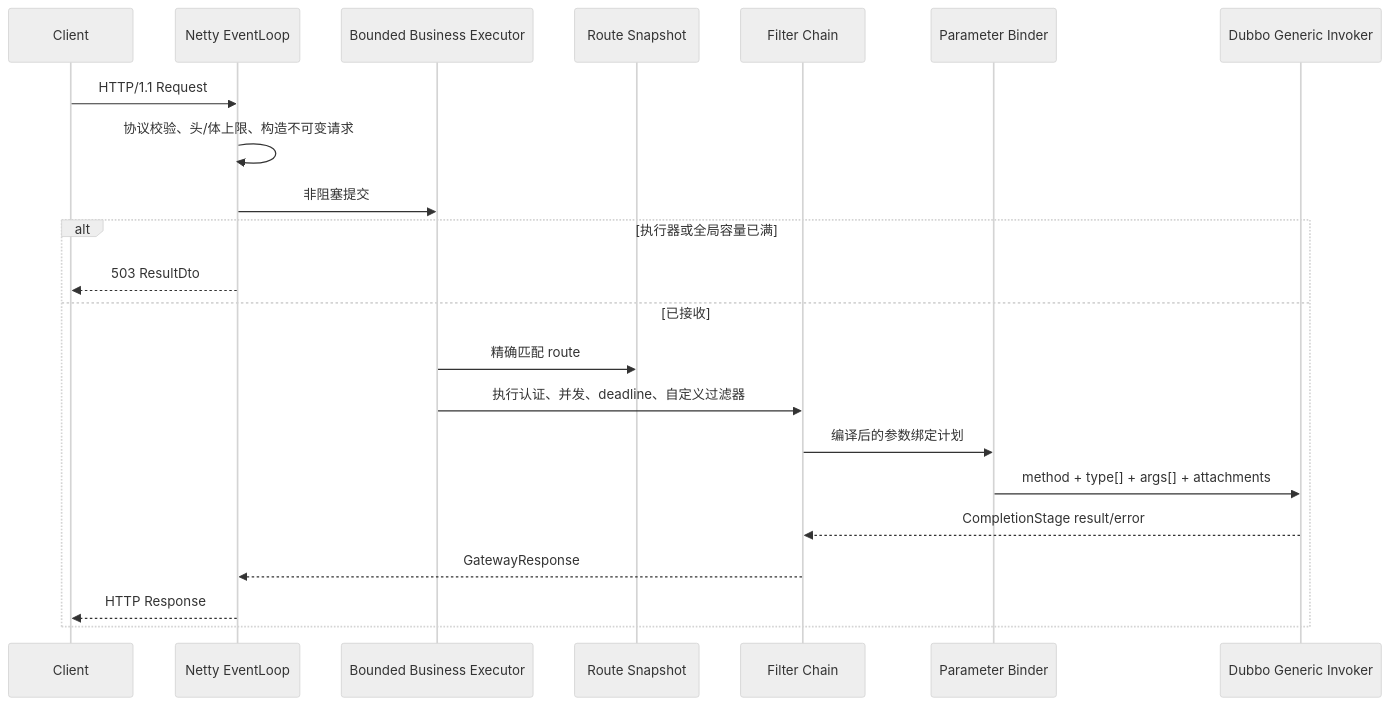
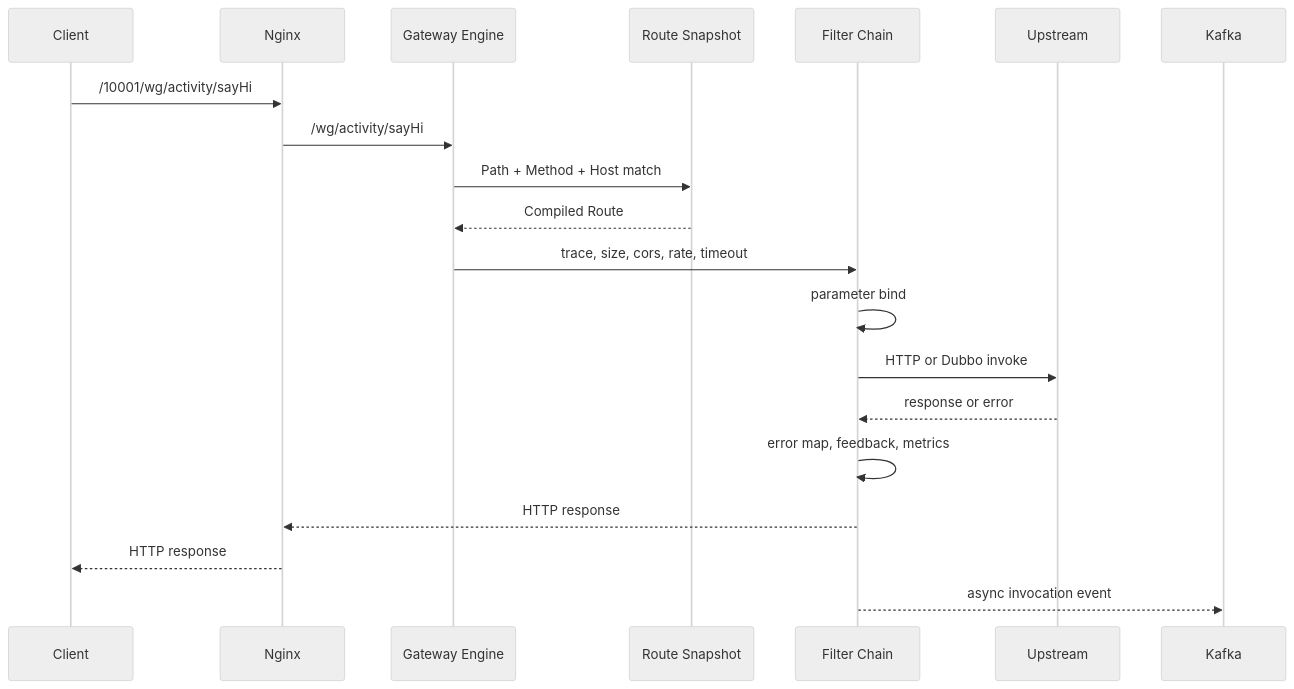
One commit to AllenDEricDAlexander/Egon-COLA changed the fourth of 5 diagrams in docs/superpowers/specs/2026-07-24-gateway-component-design.md. Above: the diagram before and after it, drawn with Mermaid (neutral theme). The commit also changed other lines of this file, not shown here.

Commit message:
docs: expand gateway platform design spec

````diff
--- a/docs/superpowers/specs/2026-07-24-gateway-component-design.md
+++ b/docs/superpowers/specs/2026-07-24-gateway-component-design.md
@@ -396,25 +1715,23 @@
 ```mermaid
 sequenceDiagram
     participant C as Client
-    participant N as Netty EventLoop
-    participant E as Bounded Business Executor
+    participant N as Nginx
+    participant G as Gateway Engine
     participant R as Route Snapshot
     participant F as Filter Chain
-    participant B as Parameter Binder
-    participant D as Dubbo Generic Invoker
+    participant U as Upstream
+    participant K as Kafka
 
-    C->>N: HTTP/1.1 Request
-    N->>N: 协议校验、头/体上限、构造不可变请求
-    N->>E: 非阻塞提交
-    alt 执行器或全局容量已满
-        N-->>C: 503 ResultDto
-    else 已接收
-        E->>R: 精确匹配 route
-        E->>F: 执行认证、并发、deadline、自定义过滤器
-        F->>B: 编译后的参数绑定计划
-        B->>D: method + type[] + args[] + attachments
-        D-->>F: CompletionStage result/error
-        F-->>N: GatewayResponse
-        N-->>C: HTTP Response
-    end
+    C->>N: /10001/wg/activity/sayHi
+    N->>G: /wg/activity/sayHi
+    G->>R: Path + Method + Host match
+    R-->>G: Compiled Route
+    G->>F: trace, size, cors, rate, timeout
+    F->>F: parameter bind
+    F->>U: HTTP or Dubbo invoke
+    U-->>F: response or error
+    F->>F: error map, feedback, metrics
+    F-->>N: HTTP response
+    N-->>C: HTTP response
+    F-->>K: async invocation event
 ```
````
